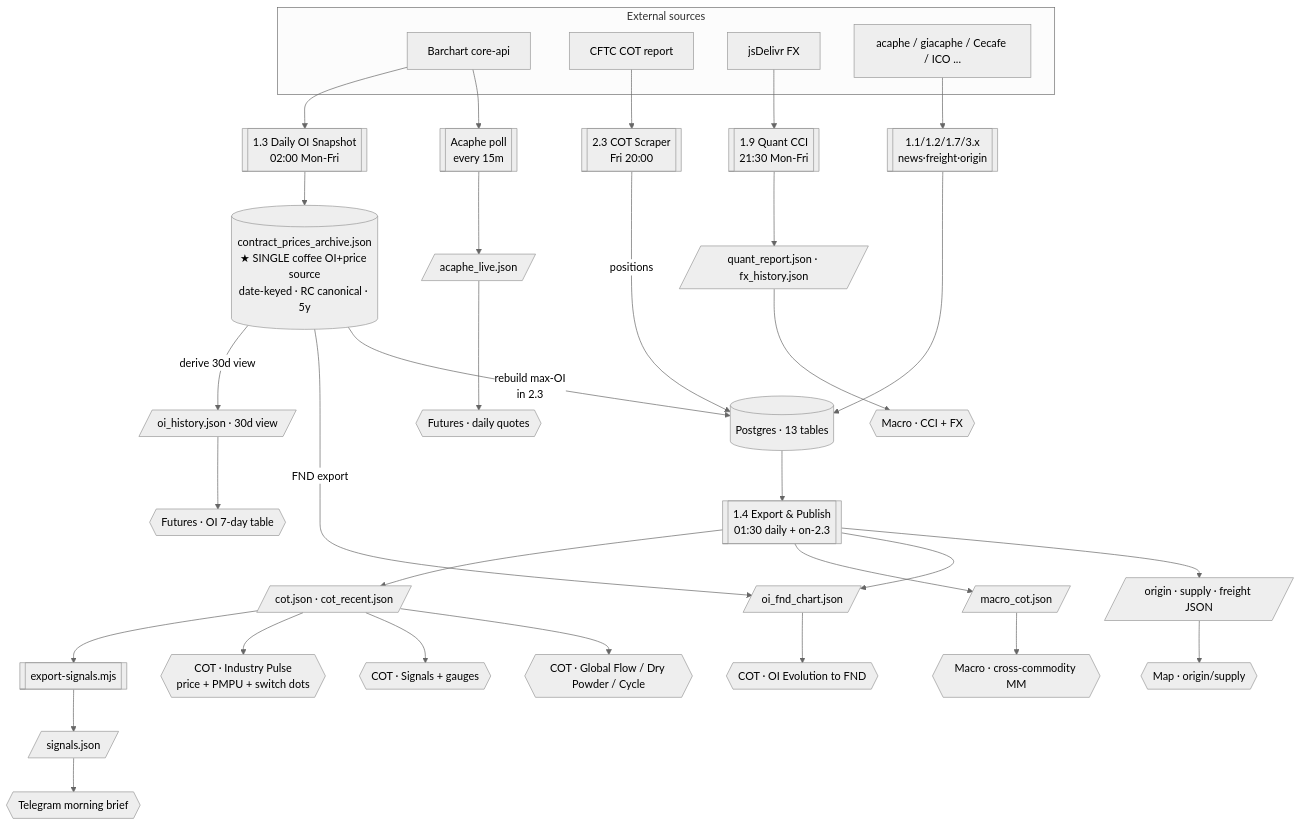
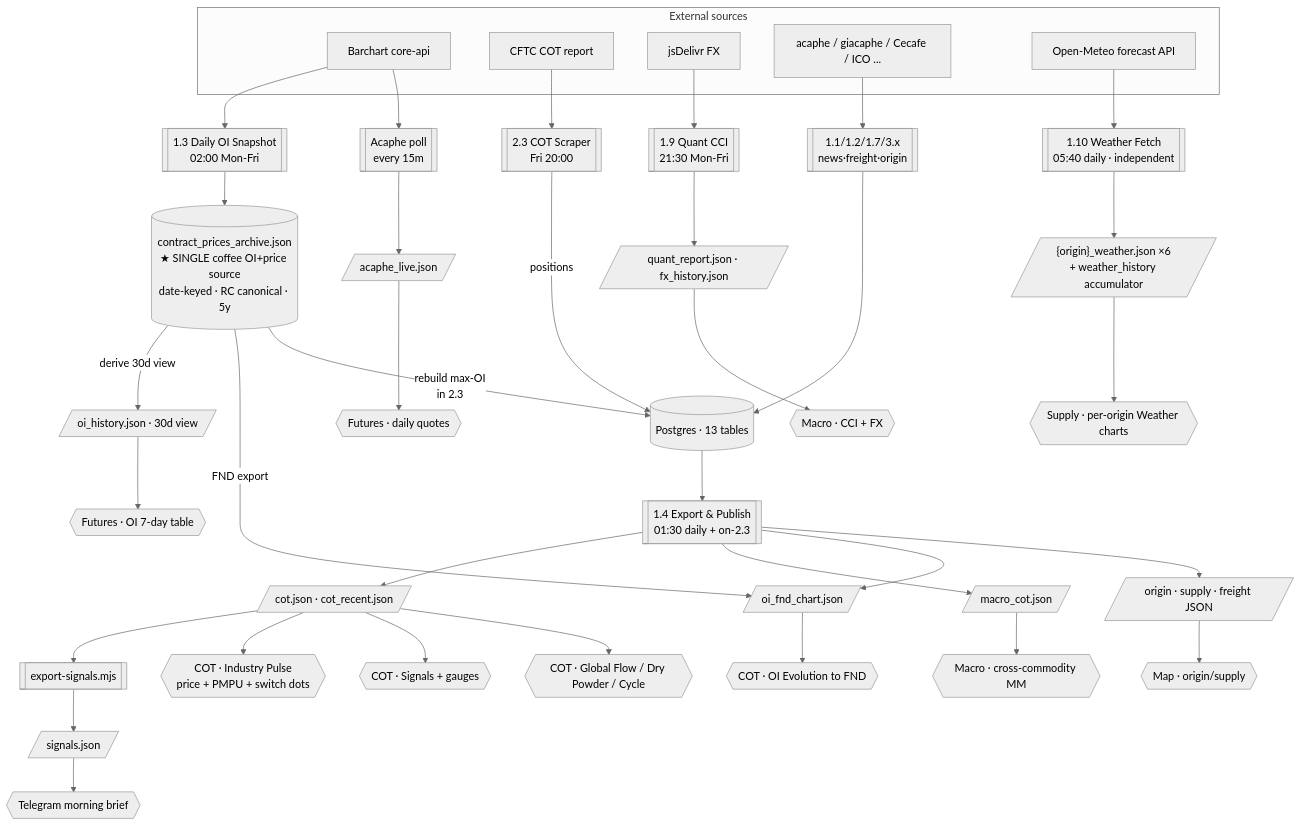
One commit to loicscanu-ctrl/Coffee-intel-map changed the first of 9 diagrams in docs/DATA_PLATFORM_MAP.md. Above: the diagram before and after it, drawn with Mermaid (neutral theme). The commit also changed other lines of this file, not shown here.

Commit message:
docs(map): add 1.10 daily weather fetch/accumulate flow + per-origin weather charts

````diff
--- a/docs/DATA_PLATFORM_MAP.md
+++ b/docs/DATA_PLATFORM_MAP.md
@@ -42,6 +42,7 @@
         CFTC[CFTC COT report]
         JSD[jsDelivr FX]
         ACA[acaphe / giacaphe / Cecafe / ICO ...]
+        OM[Open-Meteo forecast API]
     end
 
     %% ---------- FETCHERS ----------
@@ -50,6 +51,7 @@
     F19[["1.9 Quant CCI<br/>21:30 Mon-Fri"]]
     FPOLL[["Acaphe poll<br/>every 15m"]]
     FNEWS[["1.1/1.2/1.7/3.x<br/>news·freight·origin"]]
+    F110[["1.10 Weather Fetch<br/>05:40 daily · independent"]]
 
     %% ---------- CANONICAL STORE ----------
     ARC[("contract_prices_archive.json<br/>★ SINGLE coffee OI+price source<br/>date-keyed · RC canonical · 5y")]
@@ -68,6 +70,7 @@
     QJ[/quant_report.json · fx_history.json/]
     ACJ[/acaphe_live.json/]
     ORIG[/origin · supply · freight JSON/]
+    WX[/"{origin}_weather.json ×6<br/>+ weather_history accumulator"/]
 
     %% ---------- VISUALS ----------
     V_IP{{COT · Industry Pulse<br/>price + PMPU + switch dots}}
@@ -80,6 +83,7 @@
     V_QUOTE{{Futures · daily quotes}}
     V_MAP{{Map · origin/supply}}
     V_TG{{Telegram morning brief}}
+    V_WX{{Supply · per-origin Weather charts}}
 
     %% ---------- EDGES: fetch ----------
     BC --> F13 --> ARC
@@ -115,4 +119,7 @@
     QJ --> V_CCI
     ACJ --> V_QUOTE
     ORIG --> V_MAP
+
+    %% weather (independent of 1.4 export)
+    OM --> F110 --> WX --> V_WX
 ```
````
